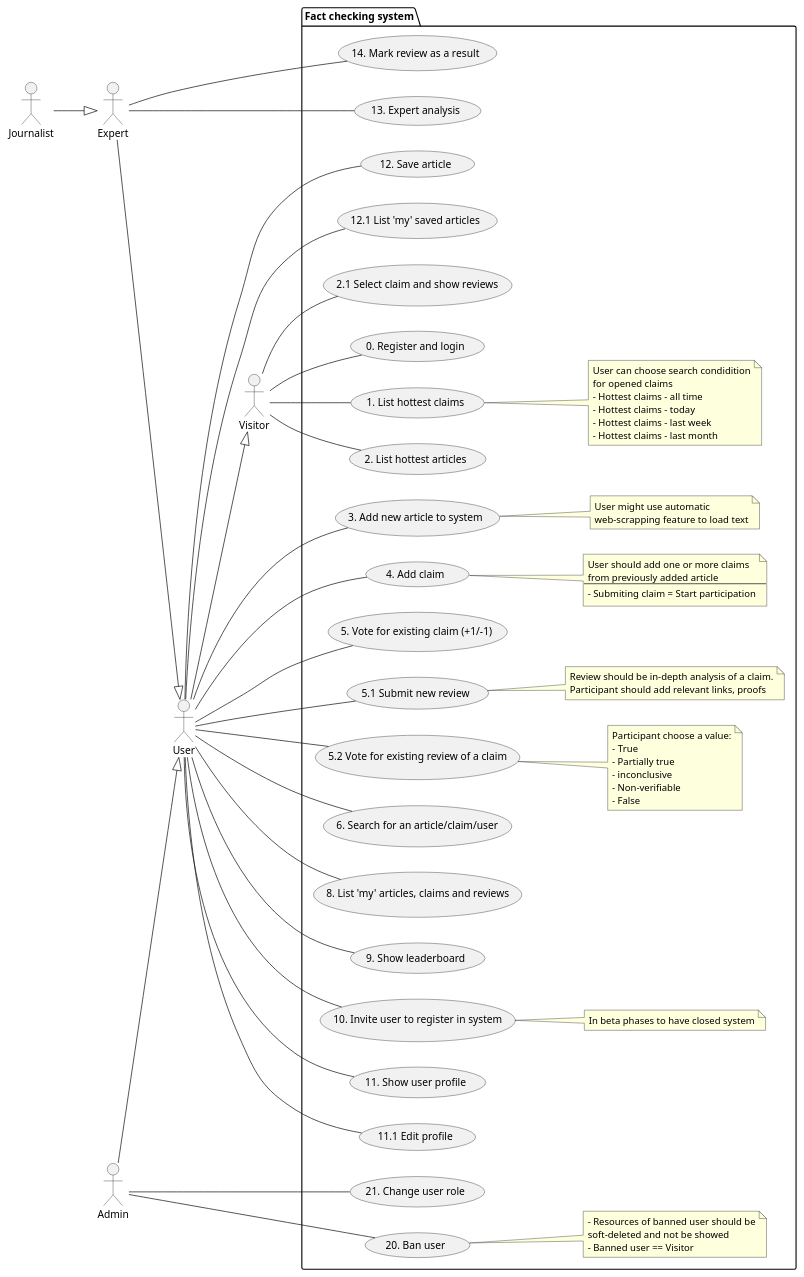
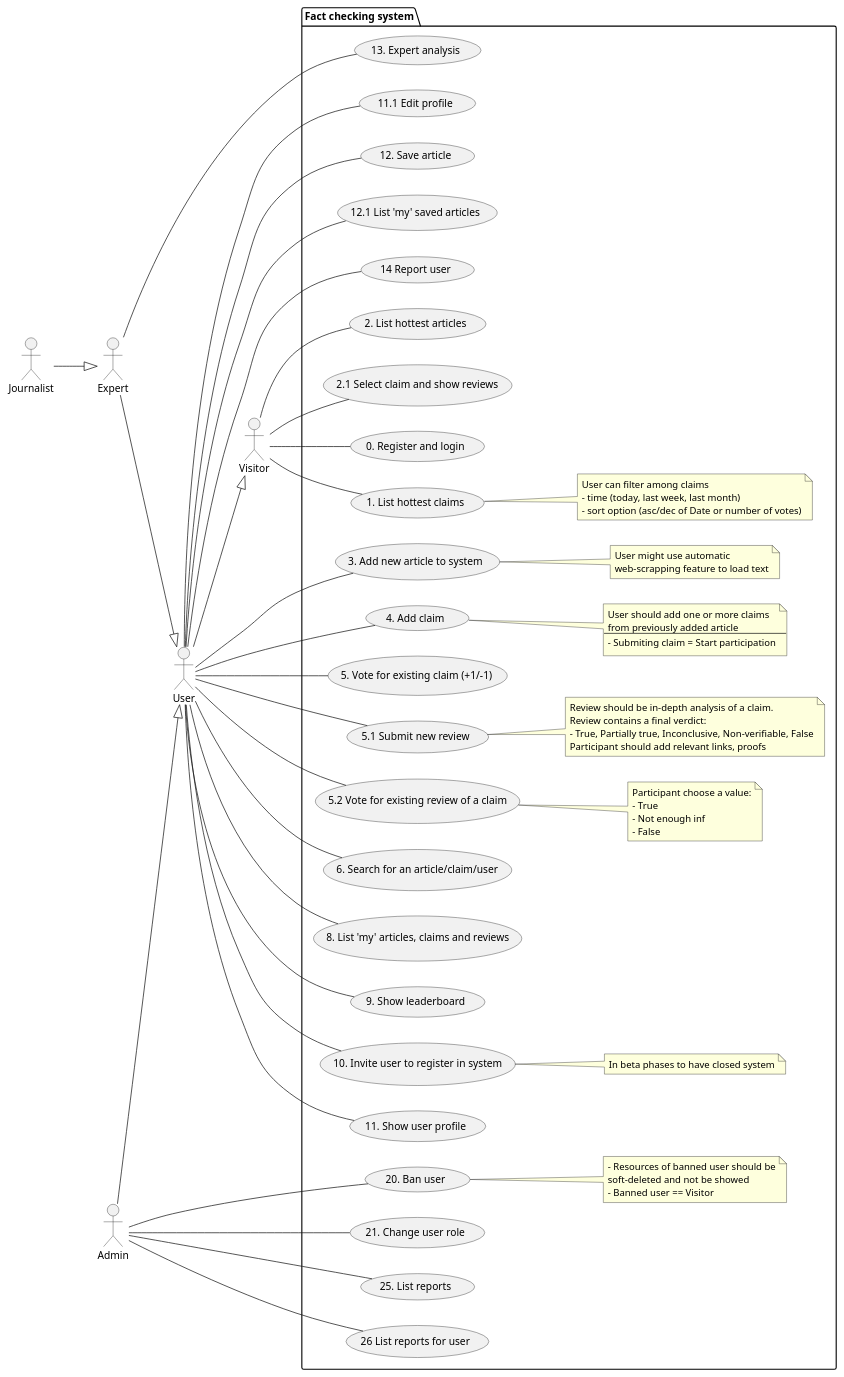
Before and after one commit to aic-factcheck/fact_check_api: the diagram in uml_docs/use_cases.puml, drawn with PlantUML. The commit also changed 8 other files, not shown here.

Commit message:
feat: fixed reviews null exception, added cache manager, updated 3 updates of PATCH to 10, updated umls, added search by category for claims

```diff
--- a/uml_docs/use_cases.puml
+++ b/uml_docs/use_cases.puml
@@ -1,121 +1,122 @@
 @startuml System use cases
 left to right direction
 
 "Visitor" as Visitor
 "User" as User
 "Expert" as Expert
 "Journalist" as Journalist
 "Admin" as Admin
 
 package "Fact checking system" {
 
   User --|> Visitor
   Expert --|> User
   Journalist --|> Expert
   Admin --|> User
 
   usecase UC0 as "0. Register and login"
 
   usecase UC1 as "1. List hottest claims"
   note right of UC1
-    User can choose search condidition
-    for opened claims
-    - Hottest claims - all time
-    - Hottest claims - today
-    - Hottest claims - last week
-    - Hottest claims - last month
+    User can filter among claims
+    - time (today, last week, last month)
+    - sort option (asc/dec of Date or number of votes)
   end note
 
   usecase UC2 as "2. List hottest articles"
 
   usecase UC2_1 as "2.1 Select claim and show reviews"
 
   usecase UC3 as "3. Add new article to system"
   note right of UC3
     User might use automatic
     web-scrapping feature to load text
   end note
   
   usecase UC4 as "4. Add claim"
   note right of UC4
     User should add one or more claims
     from previously added article
     --
     - Submiting claim = Start participation
   end note
 
   usecase UC5 as "5. Vote for existing claim (+1/-1)"
 
   usecase UC5_1 as "5.1 Submit new review"
   note right of UC5_1
     Review should be in-depth analysis of a claim.
+    Review contains a final verdict:
+    - True, Partially true, Inconclusive, Non-verifiable, False
     Participant should add relevant links, proofs
   end note
   
   usecase UC5_2 as "5.2 Vote for existing review of a claim"
   note right of UC5_2
     Participant choose a value:
     - True
-    - Partially true
-    - inconclusive
-    - Non-verifiable
+    - Not enough inf
     - False
   end note
 
   usecase UC6 as "6. Search for an article/claim/user"
 
   usecase UC8 as "8. List 'my' articles, claims and reviews"
 
   usecase UC9 as "9. Show leaderboard"
 
   usecase UC10 as "10. Invite user to register in system"
   note right of UC10
     In beta phases to have closed system
   end note
 
   usecase UC11 as "11. Show user profile"
   usecase UC11_1 as "11.1 Edit profile"
 
   usecase UC12 as "12. Save article"
   usecase UC12_1 as "12.1 List 'my' saved articles"
+  usecase UC14 as "14 Report user"
 
   usecase UC13 as "13. Expert analysis"
-  usecase UC14 as "14. Mark review as a result"
   
+  usecase UC25 as "25. List reports"
+  usecase UC26 as "26 List reports for user"
   usecase UC20 as "20. Ban user"
   note right of UC20
     - Resources of banned user should be
     soft-deleted and not be showed
     - Banned user == Visitor
   end note
   
   usecase UC21 as "21. Change user role"
 
   
     Visitor -- UC0
     Visitor -- UC1
     Visitor -- UC2
     Visitor -- UC2_1
     
     User -- UC3
     User -- UC4
     User -- UC5
     User -- UC5_1
     User -- UC5_2
     User -- UC6
     ' User -- UC7
     User -- UC8
     User -- UC9
     User -- UC10
     User -- UC11
     User -- UC11_1
     User -- UC12
     User -- UC12_1
+    User -- UC14
 
     Expert -- UC13
-    Expert -- UC14
 
     Admin -- UC20
     Admin -- UC21
+    Admin -- UC25
+    Admin -- UC26
 }
 @enduml
```
